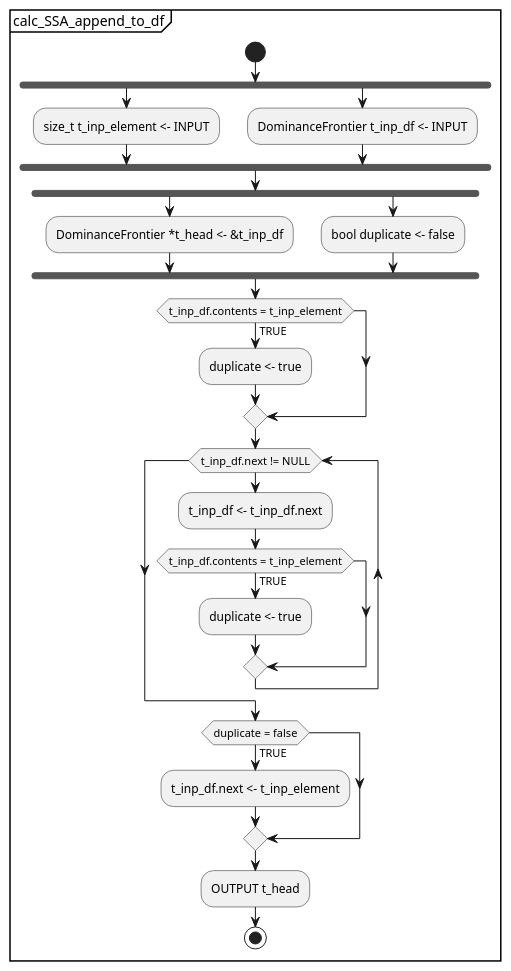
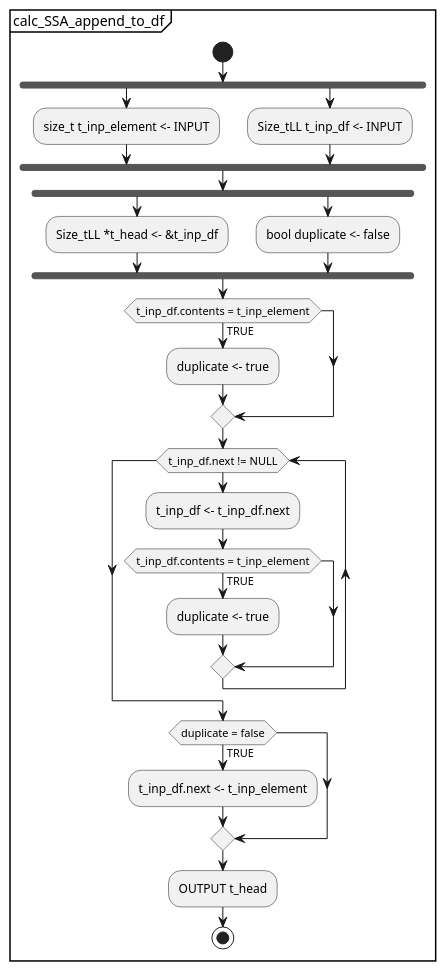
The diagram in docs/UML/Single_Static_Assignment_Generation_Scheme/submodules/md/calc_SSA_append_to_df.md (KeithCBrett/Python-Compiler), drawn with PlantUML before and after one commit. The commit also changed 10 other files, not shown here.

```diff
--- a/docs/UML/Single_Static_Assignment_Generation_Scheme/submodules/md/calc_SSA_append_to_df.md
+++ b/docs/UML/Single_Static_Assignment_Generation_Scheme/submodules/md/calc_SSA_append_to_df.md
@@ -1,29 +1,29 @@
 @startuml
 partition calc_SSA_append_to_df {
     start
     fork
         :size_t t_inp_element <- INPUT;
     fork again
-        :DominanceFrontier t_inp_df <- INPUT;
+        :Size_tLL t_inp_df <- INPUT;
     fork end
     fork
-        :DominanceFrontier *t_head <- &t_inp_df;
+        :Size_tLL *t_head <- &t_inp_df;
     fork again
         :bool duplicate <- false;
     fork end
     if (t_inp_df.contents = t_inp_element) then (TRUE)
         :duplicate <- true;
     endif
     while (t_inp_df.next != NULL)
         :t_inp_df <- t_inp_df.next;
         if (t_inp_df.contents = t_inp_element) then (TRUE)
             :duplicate <- true;
         endif
     endwhile
     if (duplicate = false) then (TRUE)
         :t_inp_df.next <- t_inp_element;
     end if
     :OUTPUT t_head;
     stop
 }
 @enduml
```
